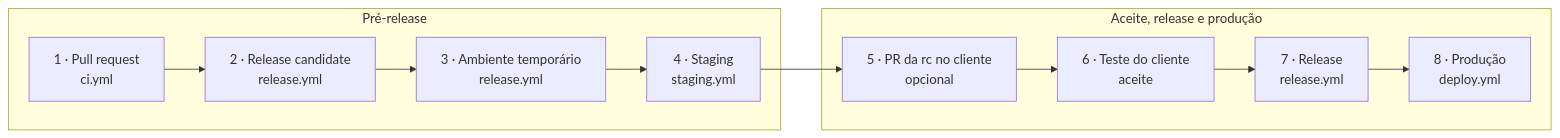
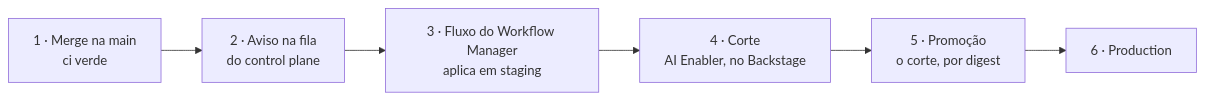
One commit to barte-ai-services/.github changed the diagram in docs-site/content/docs/how-we-work/delivery.mdx. Above: the diagram before and after it, drawn with Mermaid. The commit also changed other lines of this file and 16 other files, not shown here.

````diff
--- a/docs-site/content/docs/how-we-work/delivery.mdx
+++ b/docs-site/content/docs/how-we-work/delivery.mdx
@@ -12,10 +10,8 @@
 ```mermaid
 flowchart LR
-  subgraph PRE["Pré-release"]
-    A["1 · Pull request<br/>ci.yml"] --> B["2 · Release candidate<br/>release.yml"] --> C["3 · Ambiente temporário<br/>release.yml"] --> D["4 · Staging<br/>staging.yml"]
-  end
-  subgraph ACE["Aceite, release e produção"]
-    E["5 · PR da rc no cliente<br/>opcional"] --> F["6 · Teste do cliente<br/>aceite"] --> G["7 · Release<br/>release.yml"] --> H["8 · Produção<br/>deploy.yml"]
-  end
-  D --> E
+  A["1 · Merge na main<br/>ci verde"] --> B["2 · Aviso na fila<br/>do control plane"]
+  B --> C["3 · Fluxo do Workflow Manager<br/>aplica em staging"]
+  C --> D["4 · Corte<br/>AI Enabler, no Backstage"]
+  D --> E["5 · Promoção<br/>o corte, por digest"]
+  E --> F["6 · Production"]
 ```
````
